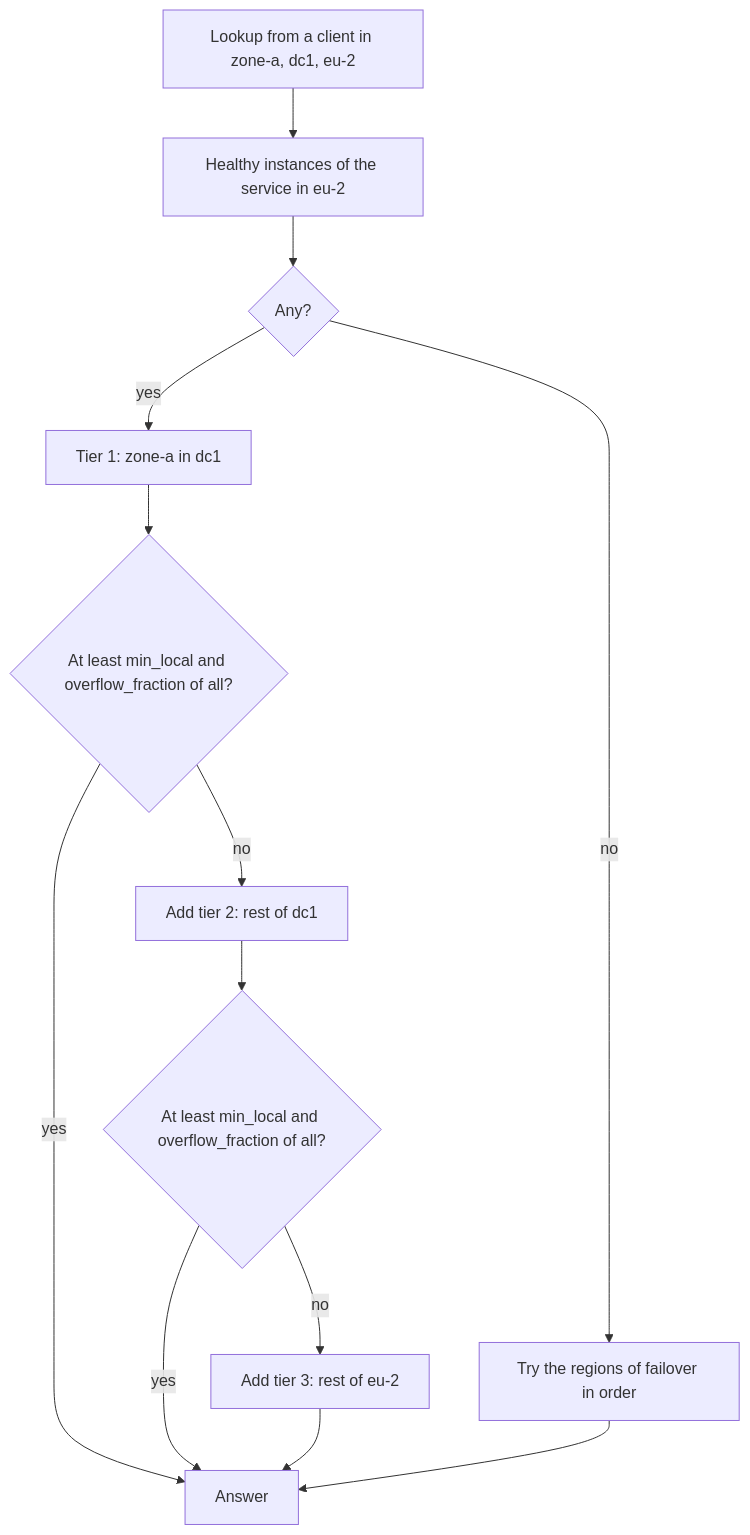
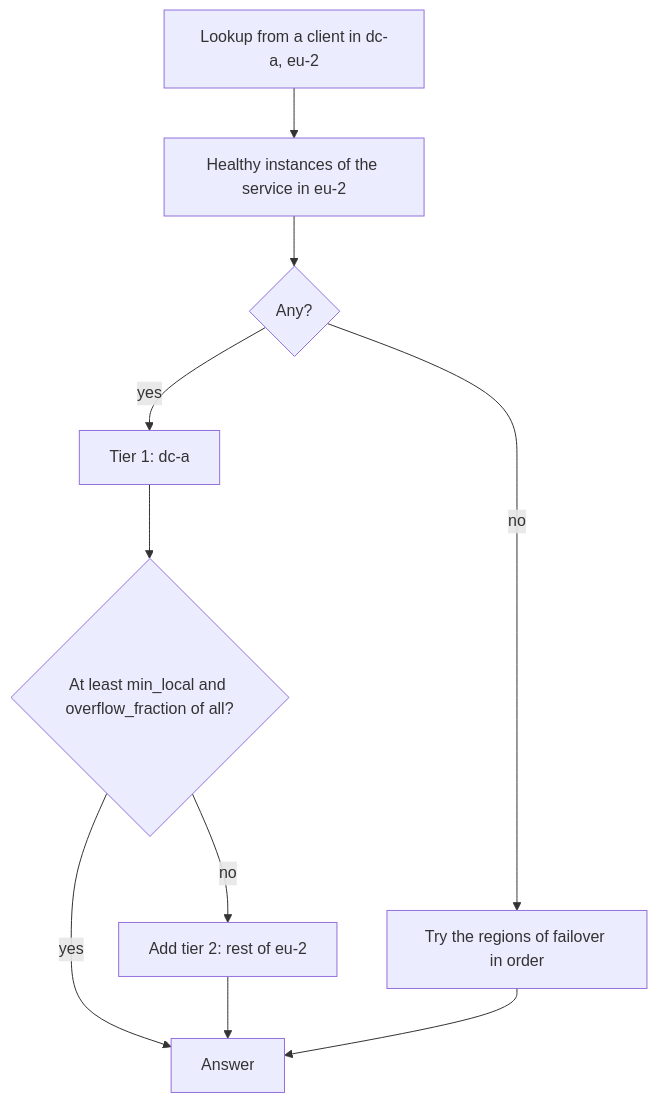
Before and after one commit to bacanoo-io/norca-doc: the diagram in content/docs/features/service-discovery/topology.md, drawn with Mermaid. The commit also changed other lines of this file and 26 other files, not shown here.

````diff
--- a/content/docs/features/service-discovery/topology.md
+++ b/content/docs/features/service-discovery/topology.md
@@ -55,15 +49,12 @@
 ```mermaid
 flowchart TB
-  start["Lookup from a client in zone-a, dc1, eu-2"] --> healthy["Healthy instances of the service in eu-2"]
+  start["Lookup from a client in dc-a, eu-2"] --> healthy["Healthy instances of the service in eu-2"]
   healthy --> any{"Any?"}
   any -->|"no"| fo["Try the regions of failover in order"]
-  any -->|"yes"| t1["Tier 1: zone-a in dc1"]
+  any -->|"yes"| t1["Tier 1: dc-a"]
   t1 --> c1{"At least min_local and overflow_fraction of all?"}
   c1 -->|"yes"| done["Answer"]
-  c1 -->|"no"| t2["Add tier 2: rest of dc1"]
-  t2 --> c2{"At least min_local and overflow_fraction of all?"}
-  c2 -->|"yes"| done
-  c2 -->|"no"| t3["Add tier 3: rest of eu-2"]
-  t3 --> done
+  c1 -->|"no"| t2["Add tier 2: rest of eu-2"]
+  t2 --> done
   fo --> done
 ```
````
